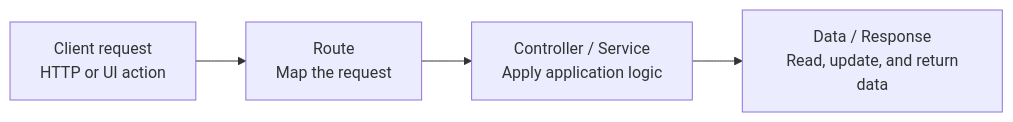
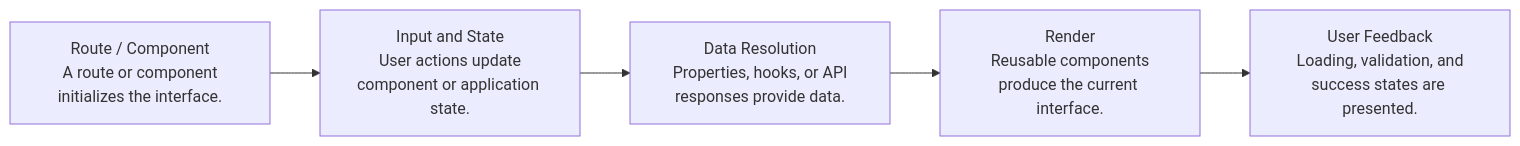
The diagram in README.md (Kanishq10/Toque_chef_hire), drawn with Mermaid before and after one commit. The commit also changed other lines of this file, not shown here.

````diff
--- a/README.md
+++ b/README.md
@@ -20,10 +31,12 @@
 ```mermaid
 flowchart LR
-    N0["Client request<br/> HTTP or UI action"]
-    N1["Route<br/> Map the request"]
+    N0["Route / Component<br/> A route or component initializes the interface."]
+    N1["Input and State<br/> User actions update component or application state."]
+    N2["Data Resolution<br/> Properties, hooks, or API responses provide data."]
+    N3["Render<br/> Reusable components produce the current interface."]
+    N4["User Feedback<br/> Loading, validation, and success states are presented."]
     N0 --> N1
-    N2["Controller / Service<br/> Apply application logic"]
     N1 --> N2
-    N3["Data / Response<br/> Read, update, and return data"]
     N2 --> N3
+    N3 --> N4
 ```
````
